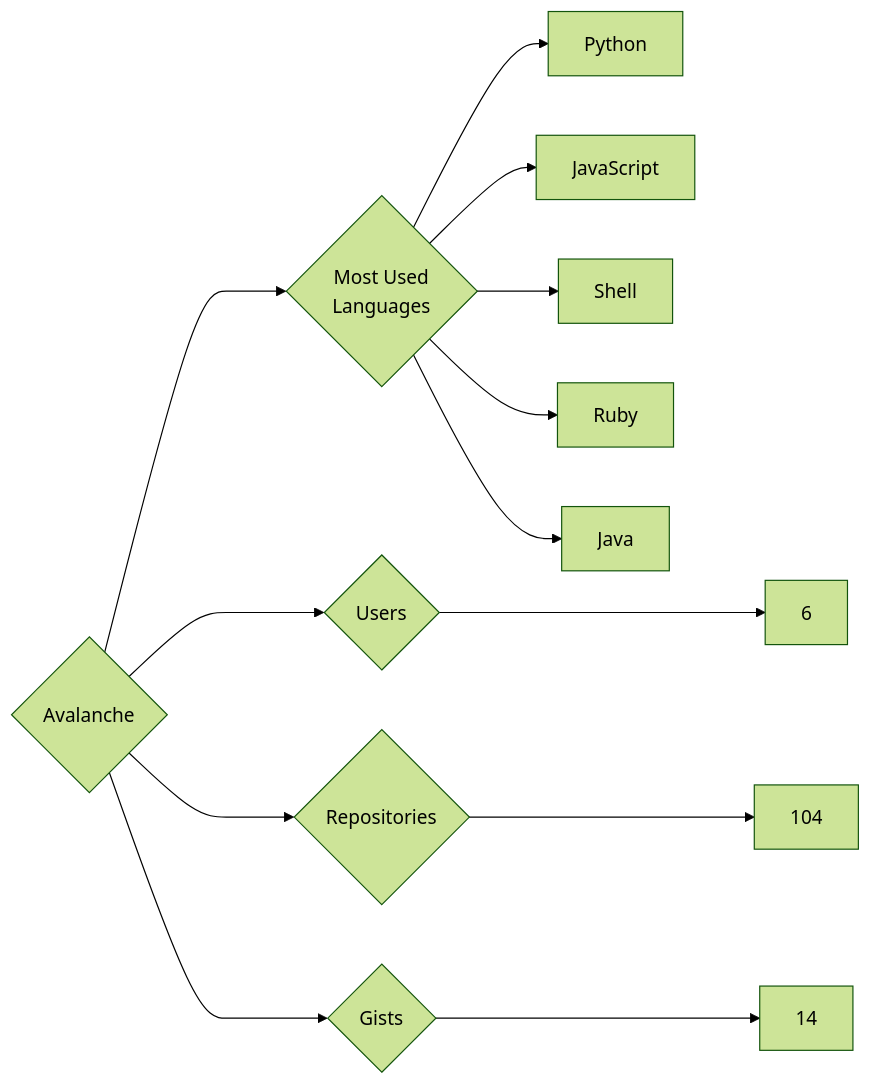
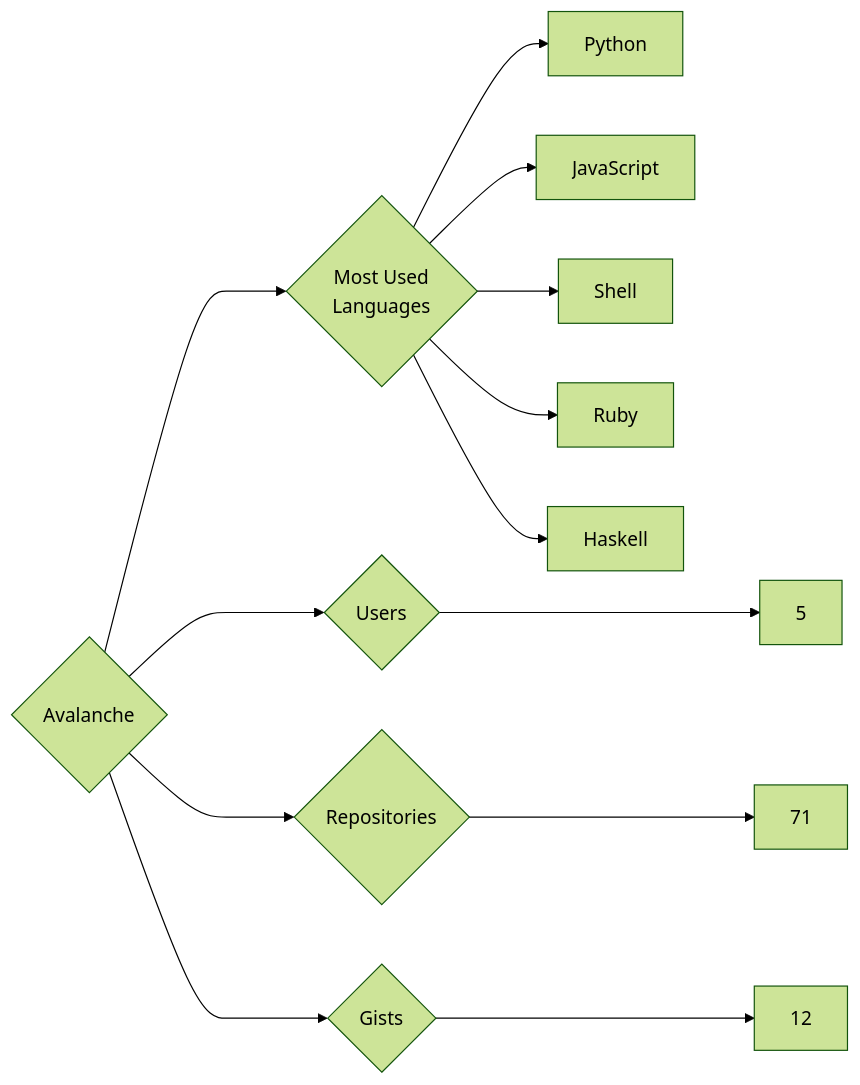
One commit to trickest/insiders changed the diagram in targets/Avalanche/README.md. Above: the diagram before and after it, drawn with Mermaid (forest theme). The commit also changed 1167 other files, not shown here.

````diff
--- a/targets/Avalanche/README.md
+++ b/targets/Avalanche/README.md
@@ -3,13 +3,13 @@
 ```mermaid
 graph LR
 COMPANY_NAME{Avalanche}
-COMPANY_NAME ---> U{Users} ---> UN[6]
-COMPANY_NAME ---> R{Repositories} ---> RN[104]
-COMPANY_NAME ---> G{Gists} ---> GN[14]
+COMPANY_NAME ---> U{Users} ---> UN[5]
+COMPANY_NAME ---> R{Repositories} ---> RN[71]
+COMPANY_NAME ---> G{Gists} ---> GN[12]
 COMPANY_NAME ---> ML{Most Used<br>Languages}
 ML --> Python[Python]
 ML --> JavaScript[JavaScript]
 ML --> Shell[Shell]
 ML --> Ruby[Ruby]
-ML --> Java[Java]
+ML --> Haskell[Haskell]
 ```
````
